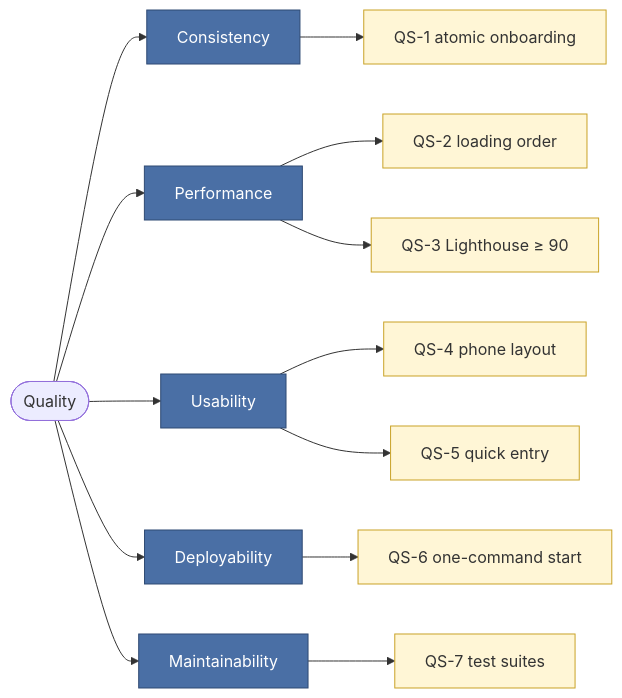
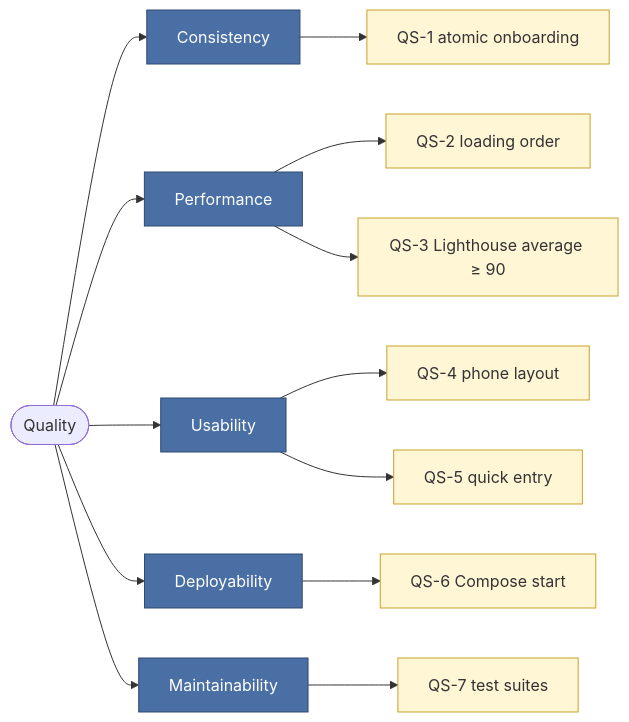
One commit to RomanL1/finance-dashboard changed the diagram in docs/arc42/diagrams/10_quality_tree.mmd. Above: the diagram before and after it, drawn with Mermaid. The commit also changed 28 other files, not shown here.

```diff
--- a/docs/arc42/diagrams/10_quality_tree.mmd
+++ b/docs/arc42/diagrams/10_quality_tree.mmd
@@ -1,24 +1,24 @@
 flowchart LR
   q(["Quality"])
   a1["Consistency"]
   a2["Performance"]
   a3["Usability"]
   a4["Deployability"]
   a5["Maintainability"]
   s1["QS-1 atomic onboarding"]
   s2["QS-2 loading order"]
-  s3["QS-3 Lighthouse ≥ 90"]
+  s3["QS-3 Lighthouse average ≥ 90"]
   s4["QS-4 phone layout"]
   s5["QS-5 quick entry"]
-  s6["QS-6 one-command start"]
+  s6["QS-6 Compose start"]
   s7["QS-7 test suites"]
   q --> a1 & a2 & a3 & a4 & a5
   a1 --> s1
   a2 --> s2 & s3
   a3 --> s4 & s5
   a4 --> s6
   a5 --> s7
   classDef aspect fill:#4a6fa5,stroke:#2f4a73,color:#ffffff;
   classDef scen fill:#fff6d6,stroke:#c9a227;
   class a1,a2,a3,a4,a5 aspect;
   class s1,s2,s3,s4,s5,s6,s7 scen;
```
